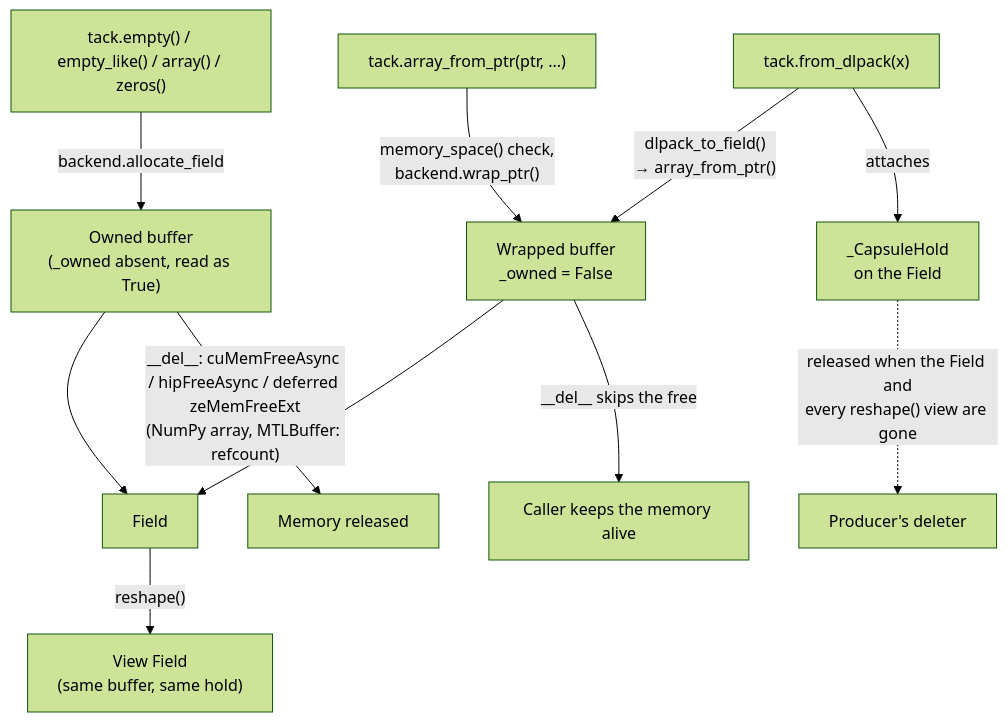
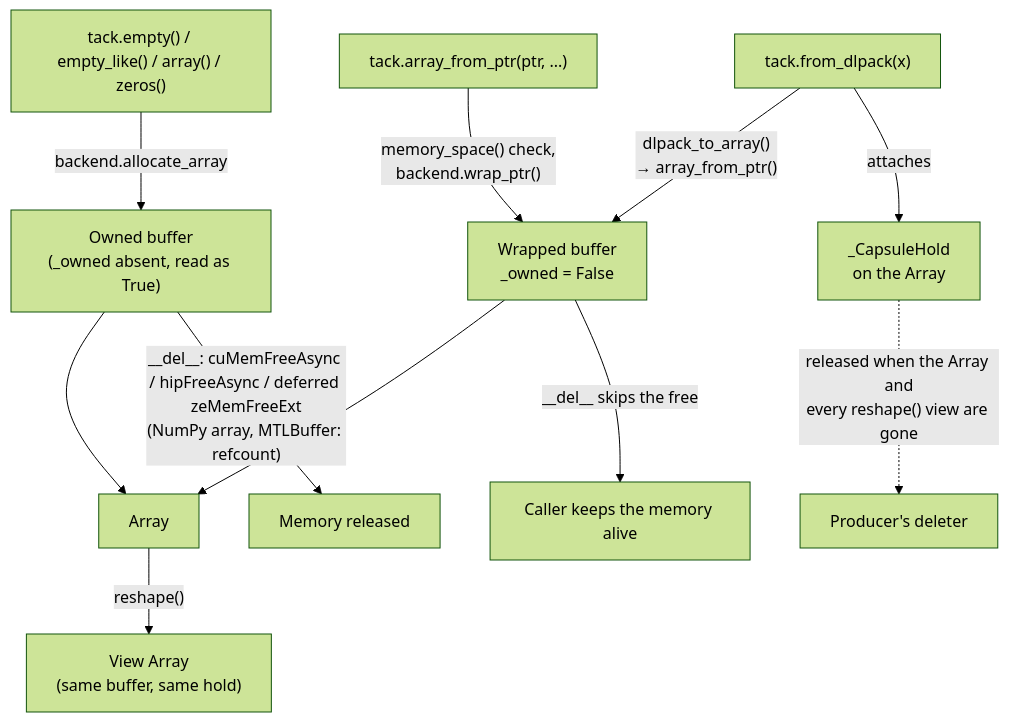
The diagram in docs/design/memory-and-aliasing.md (berkgeveci/tack), drawn with Mermaid (forest theme) before and after one commit. The commit also changed other lines of this file and 206 other files, not shown here.

````diff
--- a/docs/design/memory-and-aliasing.md
+++ b/docs/design/memory-and-aliasing.md
@@ -114,13 +114,13 @@
 ```mermaid
 flowchart TD
-    A["tack.empty() / empty_like() / array() / zeros()"] -->|backend.allocate_field| OWN["Owned buffer<br/>(_owned absent, read as True)"]
+    A["tack.empty() / empty_like() / array() / zeros()"] -->|backend.allocate_array| OWN["Owned buffer<br/>(_owned absent, read as True)"]
     B["tack.array_from_ptr(ptr, ...)"] -->|"memory_space() check,<br/>backend.wrap_ptr()"| WRAP["Wrapped buffer<br/>_owned = False"]
-    C["tack.from_dlpack(x)"] -->|"dlpack_to_field()<br/>→ array_from_ptr()"| WRAP
-    C -->|attaches| HOLD["_CapsuleHold<br/>on the Field"]
-    OWN --> F["Field"]
+    C["tack.from_dlpack(x)"] -->|"dlpack_to_array()<br/>→ array_from_ptr()"| WRAP
+    C -->|attaches| HOLD["_CapsuleHold<br/>on the Array"]
+    OWN --> F["Array"]
     WRAP --> F
-    F -->|"reshape()"| V["View Field<br/>(same buffer, same hold)"]
-    HOLD -.->|"released when the Field and<br/>every reshape() view are gone"| PROD["Producer's deleter"]
+    F -->|"reshape()"| V["View Array<br/>(same buffer, same hold)"]
+    HOLD -.->|"released when the Array and<br/>every reshape() view are gone"| PROD["Producer's deleter"]
     OWN -->|"__del__: cuMemFreeAsync / hipFreeAsync / deferred zeMemFreeExt<br/>(NumPy array, MTLBuffer: refcount)"| FREE["Memory released"]
     WRAP -->|"__del__ skips the free"| KEEP["Caller keeps the memory alive"]
 ```
````
